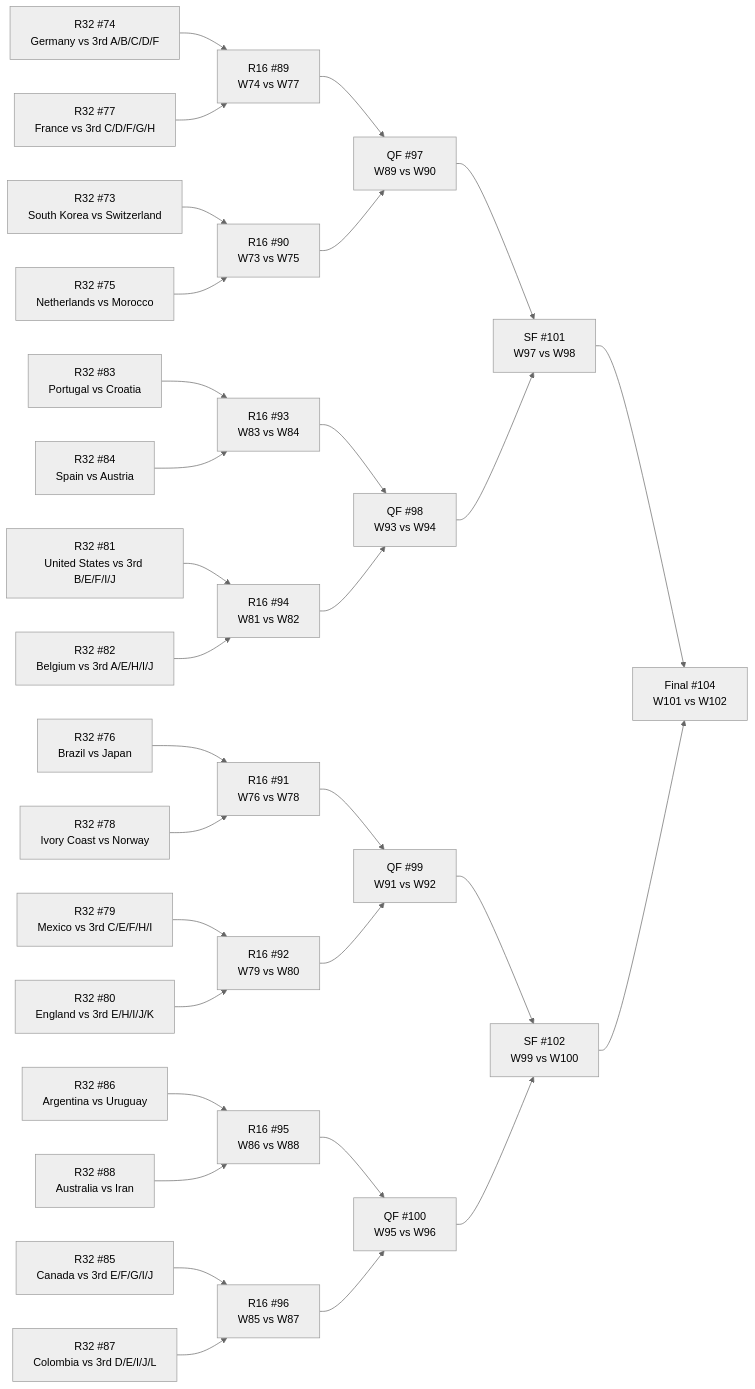
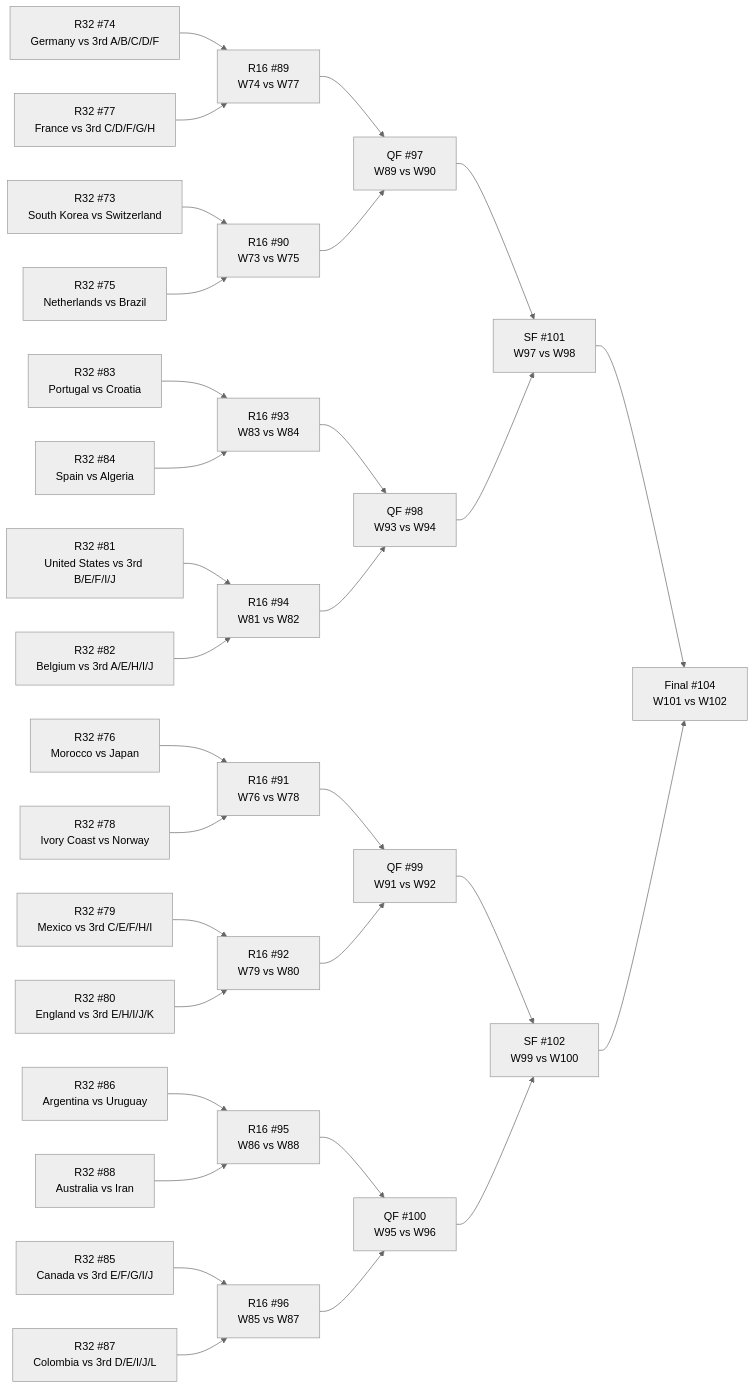
The diagram in WC vault/_bracket.md (Tutai-Tran/WC-2026-predictor), drawn with Mermaid (neutral theme) before and after one commit. The commit also changed 198 other files, not shown here.

````diff
--- a/WC vault/_bracket.md
+++ b/WC vault/_bracket.md
@@ -11,64 +11,64 @@
 ```mermaid
 flowchart LR
   M73["R32 #73<br>South Korea vs Switzerland"]
   M74["R32 #74<br>Germany vs 3rd A/B/C/D/F"]
-  M75["R32 #75<br>Netherlands vs Morocco"]
-  M76["R32 #76<br>Brazil vs Japan"]
+  M75["R32 #75<br>Netherlands vs Brazil"]
+  M76["R32 #76<br>Morocco vs Japan"]
   M77["R32 #77<br>France vs 3rd C/D/F/G/H"]
   M78["R32 #78<br>Ivory Coast vs Norway"]
   M79["R32 #79<br>Mexico vs 3rd C/E/F/H/I"]
   M80["R32 #80<br>England vs 3rd E/H/I/J/K"]
   M81["R32 #81<br>United States vs 3rd B/E/F/I/J"]
   M82["R32 #82<br>Belgium vs 3rd A/E/H/I/J"]
   M83["R32 #83<br>Portugal vs Croatia"]
-  M84["R32 #84<br>Spain vs Austria"]
+  M84["R32 #84<br>Spain vs Algeria"]
   M85["R32 #85<br>Canada vs 3rd E/F/G/I/J"]
   M86["R32 #86<br>Argentina vs Uruguay"]
   M87["R32 #87<br>Colombia vs 3rd D/E/I/J/L"]
   M88["R32 #88<br>Australia vs Iran"]
   M89["R16 #89<br>W74 vs W77"]
   M90["R16 #90<br>W73 vs W75"]
   M91["R16 #91<br>W76 vs W78"]
   M92["R16 #92<br>W79 vs W80"]
   M93["R16 #93<br>W83 vs W84"]
   M94["R16 #94<br>W81 vs W82"]
   M95["R16 #95<br>W86 vs W88"]
   M96["R16 #96<br>W85 vs W87"]
   M97["QF #97<br>W89 vs W90"]
   M98["QF #98<br>W93 vs W94"]
   M99["QF #99<br>W91 vs W92"]
   M100["QF #100<br>W95 vs W96"]
   M101["SF #101<br>W97 vs W98"]
   M102["SF #102<br>W99 vs W100"]
   M104["Final #104<br>W101 vs W102"]
   M74 --> M89
   M77 --> M89
   M73 --> M90
   M75 --> M90
   M76 --> M91
   M78 --> M91
   M79 --> M92
   M80 --> M92
   M83 --> M93
   M84 --> M93
   M81 --> M94
   M82 --> M94
   M86 --> M95
   M88 --> M95
   M85 --> M96
   M87 --> M96
   M89 --> M97
   M90 --> M97
   M93 --> M98
   M94 --> M98
   M91 --> M99
   M92 --> M99
   M95 --> M100
   M96 --> M100
   M97 --> M101
   M98 --> M101
   M99 --> M102
   M100 --> M102
   M101 --> M104
   M102 --> M104
 ```
````
